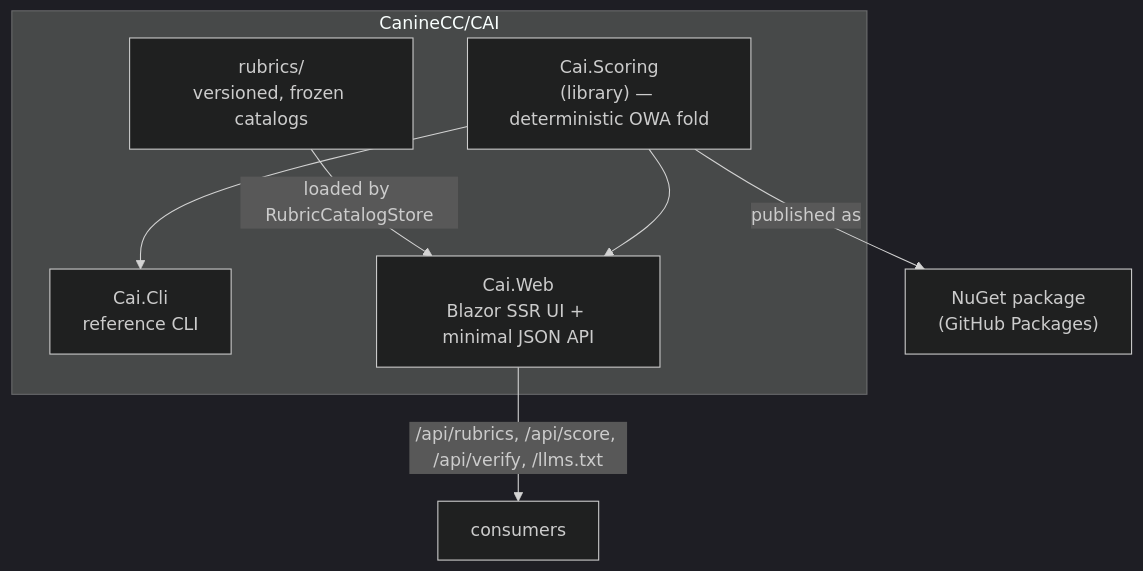
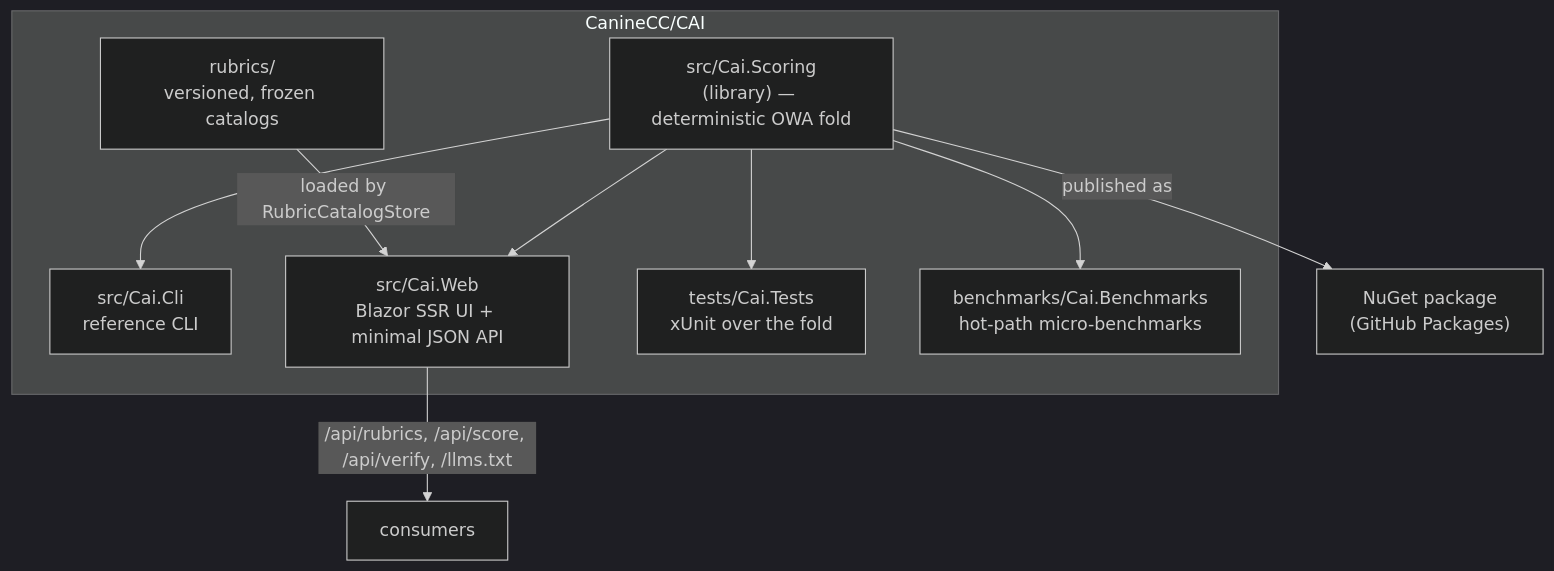
The second of 2 diagrams in docs/architecture.md (CanineCC/CAI), drawn with Mermaid (dark theme) before and after one commit. The commit also changed other lines of this file and 61 other files, not shown here.

First line of the commit message:
refactor(layout): conventional src/ + tests/ + benchmarks/ structure (M3)

````diff
--- a/docs/architecture.md
+++ b/docs/architecture.md
@@ -25,15 +25,19 @@
 ```mermaid
 flowchart TD
     subgraph repo["CanineCC/CAI"]
         rubrics["rubrics/<br/>versioned, frozen catalogs"]
-        scoring["Cai.Scoring<br/>(library) — deterministic OWA fold"]
-        cli["Cai.Cli<br/>reference CLI"]
-        web["Cai.Web<br/>Blazor SSR UI + minimal JSON API"]
+        scoring["src/Cai.Scoring<br/>(library) — deterministic OWA fold"]
+        cli["src/Cai.Cli<br/>reference CLI"]
+        web["src/Cai.Web<br/>Blazor SSR UI + minimal JSON API"]
+        tests["tests/Cai.Tests<br/>xUnit over the fold"]
+        bench["benchmarks/Cai.Benchmarks<br/>hot-path micro-benchmarks"]
     end
     nuget["NuGet package<br/>(GitHub Packages)"]
     rubrics -->|loaded by RubricCatalogStore| web
     scoring --> cli
     scoring --> web
+    scoring --> tests
+    scoring --> bench
     scoring -->|published as| nuget
     web -->|/api/rubrics, /api/score, /api/verify, /llms.txt| consumer["consumers"]
 ```
````
